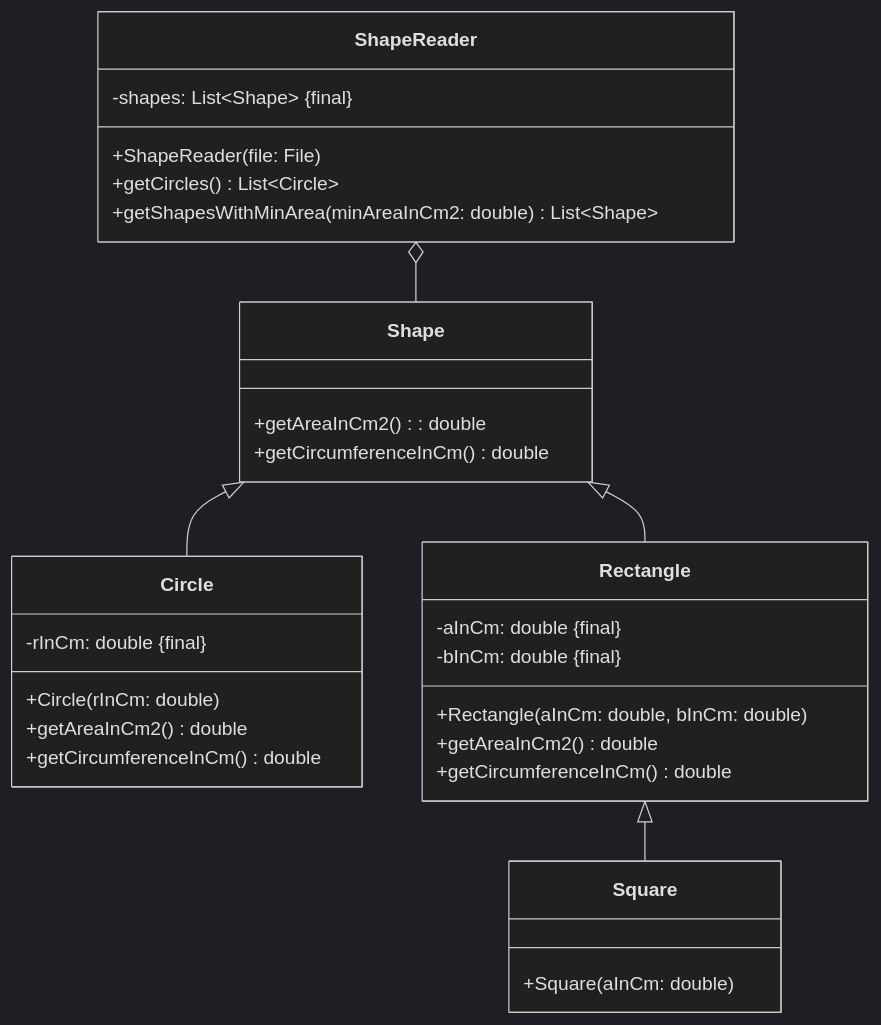
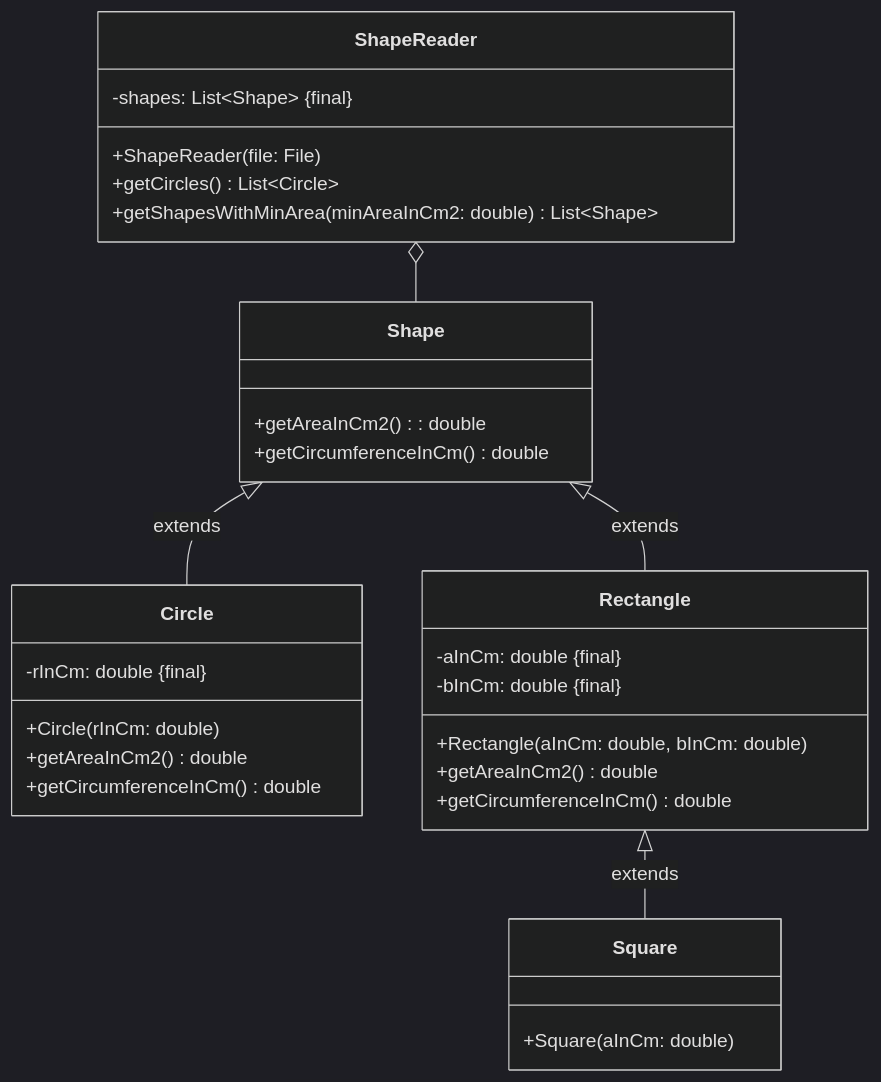
Before and after one commit to jappuccini/java-docs: the diagram in docs/exam-exercises/exam-exercises-java1/shape.md, drawn with Mermaid (dark theme). The commit also changed 36 other files, not shown here.

````diff
--- a/docs/exam-exercises/exam-exercises-java1/shape.md
+++ b/docs/exam-exercises/exam-exercises-java1/shape.md
@@ -12,38 +12,38 @@
 ```mermaid
 classDiagram
     ShapeReader o-- Shape
-    Shape <|-- Circle
-    Shape <|-- Rectangle
-    Rectangle <|-- Square
+    Shape <|-- Circle : extends
+    Shape <|-- Rectangle : extends
+    Rectangle <|-- Square : extends
 
     class ShapeReader {
         -shapes: List~Shape~ &#123final&#125
         +ShapeReader(file: File)
         +getCircles() List~Circle~
         +getShapesWithMinArea(minAreaInCm2: double) List~Shape~
     }
 
     class Shape {
         +getAreaInCm2(): double
         +getCircumferenceInCm() double
     }
 
     class Circle {
         -rInCm: double &#123final&#125
         +Circle(rInCm: double)
         +getAreaInCm2() double
         +getCircumferenceInCm() double
     }
 
     class Rectangle {
         -aInCm: double &#123final&#125
         -bInCm: double &#123final&#125
         +Rectangle(aInCm: double, bInCm: double)
         +getAreaInCm2() double
         +getCircumferenceInCm() double
     }
 
     class Square {
         +Square(aInCm: double)
     }
 ```
````
